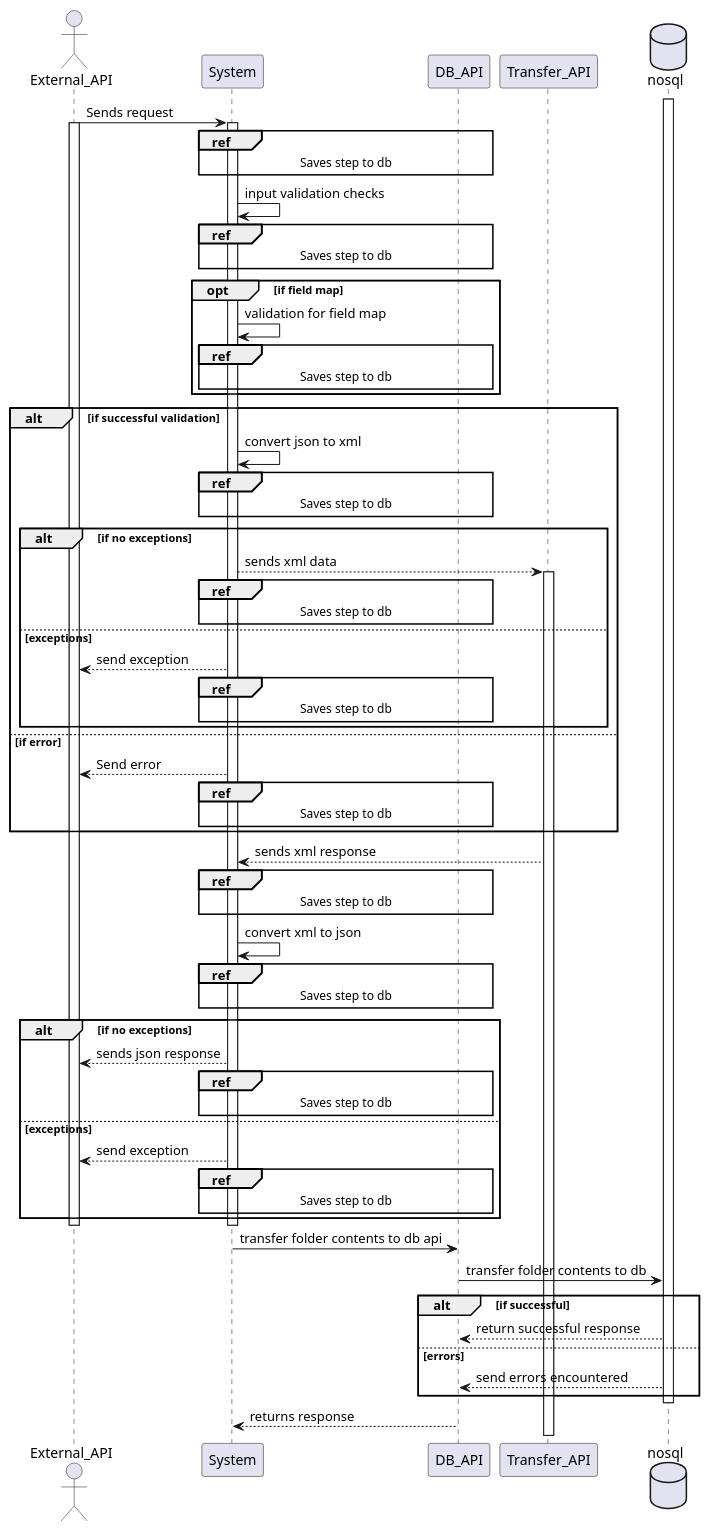
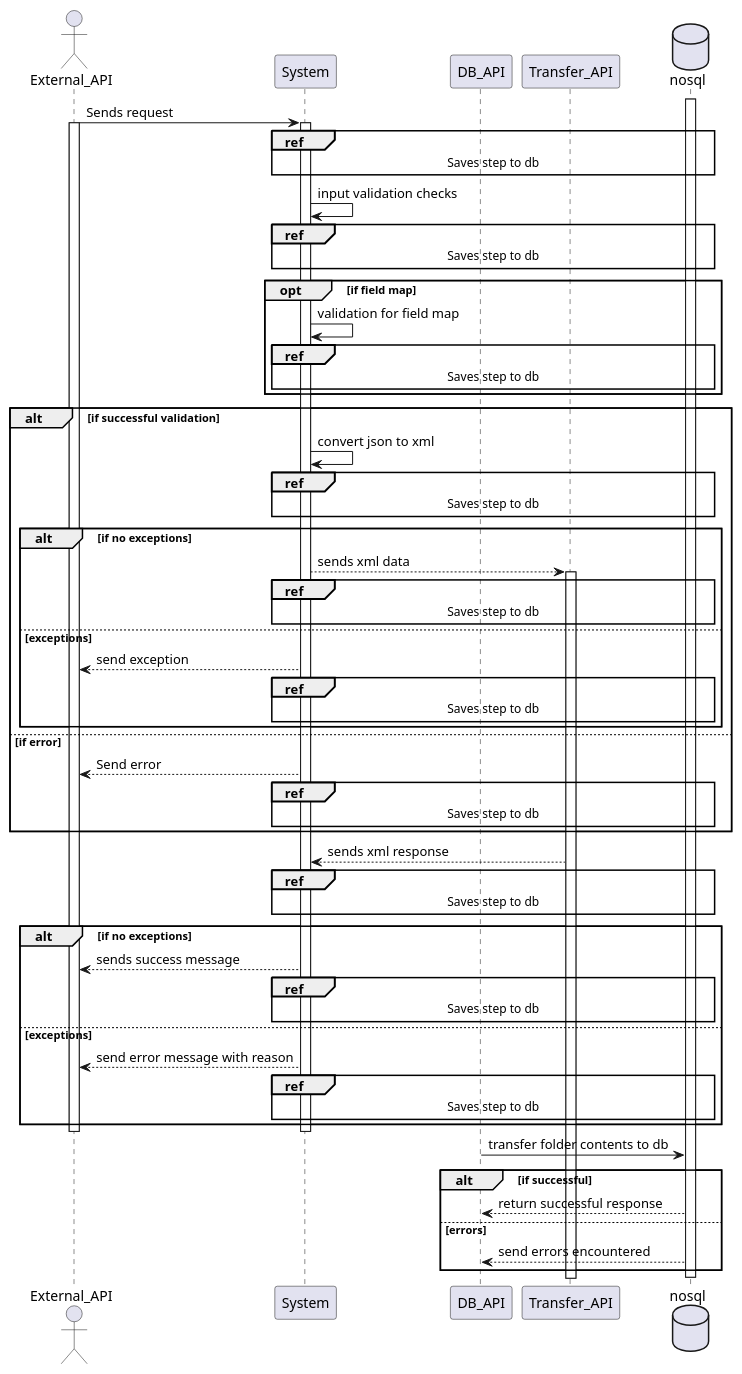
Before and after one commit to sadeeqilu/JsonToXML: the diagram in src/doc/uml.puml, drawn with PlantUML. The commit also changed 3 other files, not shown here.

Commit message:
uml updates

```diff
--- a/src/doc/uml.puml
+++ b/src/doc/uml.puml
@@ -1,78 +1,72 @@
 @startuml
 actor External_API
 participant System
 participant DB_API
 participant Transfer_API
 database nosql
 
 External_API -> System : Sends request
 activate External_API
 activate System  
-ref over System, DB_API
+ref over System, DB_API, nosql
             Saves step to db
 end ref  
 System -> System : input validation checks
-ref over System, DB_API
+ref over System, DB_API, nosql
             Saves step to db
 end ref  
 opt if field map
     System -> System : validation for field map
-    ref over System, DB_API
+    ref over System, DB_API, nosql
             Saves step to db
 end ref  
     end
 alt if successful validation
     System -> System : convert json to xml
-   ref over System, DB_API
+   ref over System, DB_API, nosql
             Saves step to db
 end ref  
     alt if no exceptions
         System --> Transfer_API : sends xml data
-        ref over System, DB_API
+        ref over System, DB_API, nosql
             Saves step to db
         end ref  
         activate Transfer_API
     else exceptions
         System --> External_API : send exception
-    ref over System, DB_API
+    ref over System, DB_API, nosql
         Saves step to db
     end ref
 end
 else if error
     System --> External_API : Send error
-    ref over System, DB_API
+    ref over System, DB_API, nosql
         Saves step to db
     end ref
 end
 Transfer_API --> System : sends xml response
-ref over System, DB_API
- Saves step to db
-end ref
-System -> System : convert xml to json
-ref over System, DB_API
+ref over System, DB_API, nosql
  Saves step to db
 end ref
 alt if no exceptions
-    System --> External_API : sends json response
-    ref over System, DB_API
+    System --> External_API : sends success message
+    ref over System, DB_API, nosql
         Saves step to db
     end ref
 else exceptions
-    System --> External_API : send exception
-    ref over System, DB_API
+    System --> External_API : send error message with reason
+    ref over System, DB_API, nosql
         Saves step to db
     end ref
 end
 deactivate External_API
 deactivate System
 activate nosql
-System -> DB_API : transfer folder contents to db api
 DB_API -> nosql : transfer folder contents to db
 alt if successful
     nosql --> DB_API : return successful response
 else errors
     nosql --> DB_API : send errors encountered
 end
 deactivate nosql
-DB_API --> System : returns response
 @enduml
```
